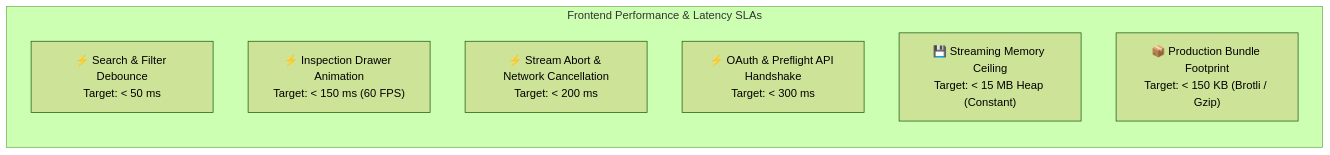
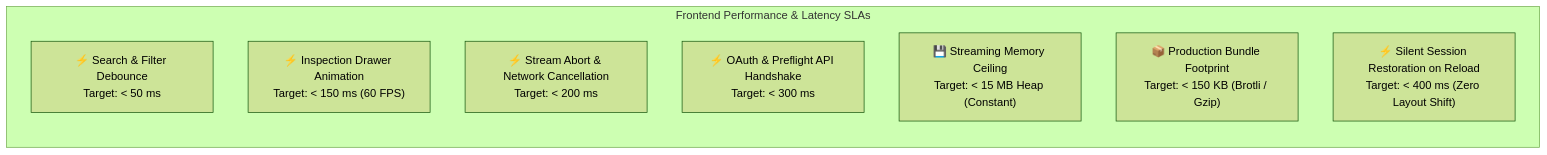
Before and after one commit to NovaLogicDev/FilesOfBaSingSe: the second of 4 diagrams in docs/requirements/web_and_backend_architecture_requirements.md, drawn with Mermaid (forest theme). The commit also changed other lines of this file and 12 other files, not shown here.

Commit message:
docs: add session continuity, silent token restoration, and onboarding bypass specifications (Module 10, Epic 10, Engine 8)

````diff
--- a/docs/requirements/web_and_backend_architecture_requirements.md
+++ b/docs/requirements/web_and_backend_architecture_requirements.md
@@ -84,12 +84,13 @@
 ```mermaid
 flowchart LR
     subgraph SLAs ["Frontend Performance & Latency SLAs"]
         direction TB
         S1["⚡ Search & Filter Debounce\nTarget: < 50 ms"]
         S2["⚡ Inspection Drawer Animation\nTarget: < 150 ms (60 FPS)"]
         S3["⚡ Stream Abort & Network Cancellation\nTarget: < 200 ms"]
         S4["⚡ OAuth & Preflight API Handshake\nTarget: < 300 ms"]
         S5["💾 Streaming Memory Ceiling\nTarget: < 15 MB Heap (Constant)"]
         S6["📦 Production Bundle Footprint\nTarget: < 150 KB (Brotli / Gzip)"]
+        S7["⚡ Silent Session Restoration on Reload\nTarget: < 400 ms (Zero Layout Shift)"]
     end
 ```
````
